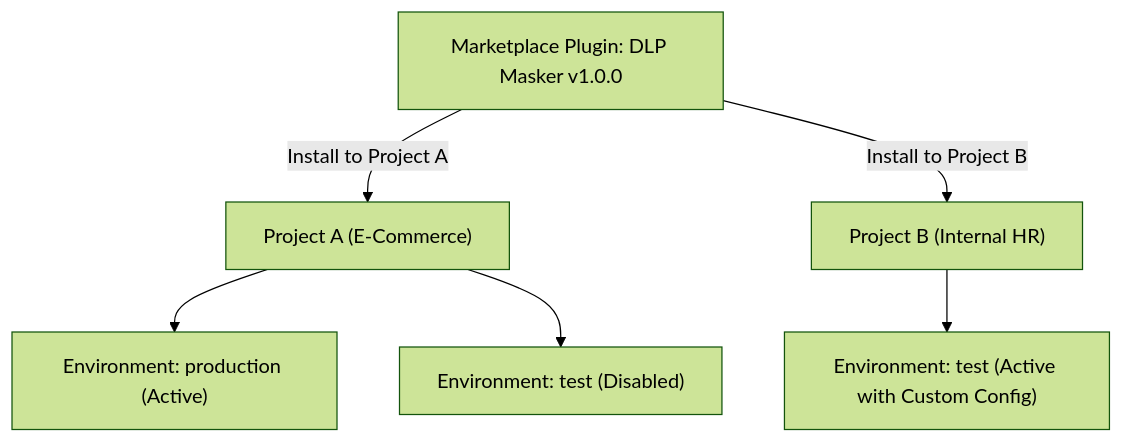
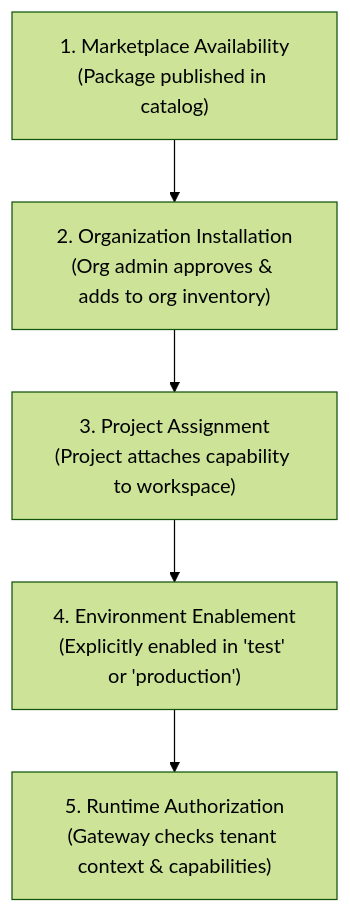
Before and after one commit to bhakha-services/naagmani-docs: the diagram in docs/marketplace/installation.md, drawn with Mermaid (forest theme). The commit also changed other lines of this file and 38 other files, not shown here.

````diff
--- a/docs/marketplace/installation.md
+++ b/docs/marketplace/installation.md
@@ -11,11 +11,7 @@
 ```mermaid
-graph TD
-    Marketplace["Marketplace Plugin: DLP Masker v1.0.0"]
-    Marketplace -->|Install to Project A| ProjA["Project A (E-Commerce)"]
-    Marketplace -->|Install to Project B| ProjB["Project B (Internal HR)"]
-
-    ProjA --> E1["Environment: production (Active)"]
-    ProjA --> E2["Environment: test (Disabled)"]
-
-    ProjB --> E3["Environment: test (Active with Custom Config)"]
+flowchart TD
+    Mkt["1. Marketplace Availability\n(Package published in catalog)"] --> Org["2. Organization Installation\n(Org admin approves & adds to org inventory)"]
+    Org --> Proj["3. Project Assignment\n(Project attaches capability to workspace)"]
+    Proj --> Env["4. Environment Enablement\n(Explicitly enabled in 'test' or 'production')"]
+    Env --> Auth["5. Runtime Authorization\n(Gateway checks tenant context & capabilities)"]
 ```
````
